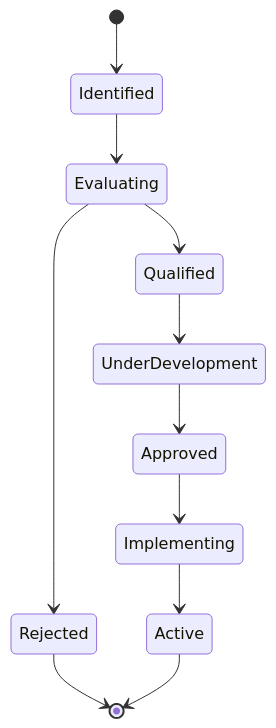
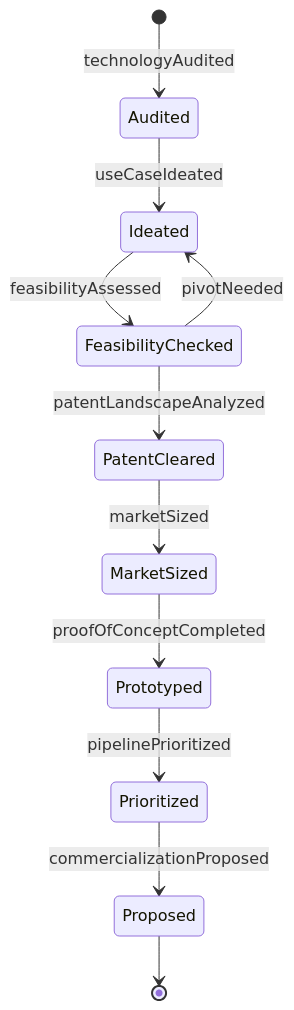
One commit to dot-org-ai/tasks.org.ai changed the second of 4 diagrams in IdentifyingObjectsActionsAndEvents/IdentifyBusinessOrOrganizationalOpportunities/IdentifyNewApplicationsExistingTechnologies.mdx. Above: the diagram before and after it, drawn with Mermaid. The commit also changed other lines of this file and 515 other files, not shown here.

````diff
--- a/IdentifyingObjectsActionsAndEvents/IdentifyBusinessOrOrganizationalOpportunities/IdentifyNewApplicationsExistingTechnologies.mdx
+++ b/IdentifyingObjectsActionsAndEvents/IdentifyBusinessOrOrganizationalOpportunities/IdentifyNewApplicationsExistingTechnologies.mdx
@@ -103,13 +104,13 @@
 ```mermaid
 stateDiagram-v2
-    [*] --> Identified
-    Identified --> Evaluating
-    Evaluating --> Qualified
-    Qualified --> UnderDevelopment
-    UnderDevelopment --> Approved
-    Evaluating --> Rejected
-    Rejected --> [*]
-    Approved --> Implementing
-    Implementing --> Active
-    Active --> [*]
+    [*] --> Audited : technologyAudited
+    Audited --> Ideated : useCaseIdeated
+    Ideated --> FeasibilityChecked : feasibilityAssessed
+    FeasibilityChecked --> PatentCleared : patentLandscapeAnalyzed
+    PatentCleared --> MarketSized : marketSized
+    MarketSized --> Prototyped : proofOfConceptCompleted
+    Prototyped --> Prioritized : pipelinePrioritized
+    Prioritized --> Proposed : commercializationProposed
+    FeasibilityChecked --> Ideated : pivotNeeded
+    Proposed --> [*]
 ```
````
